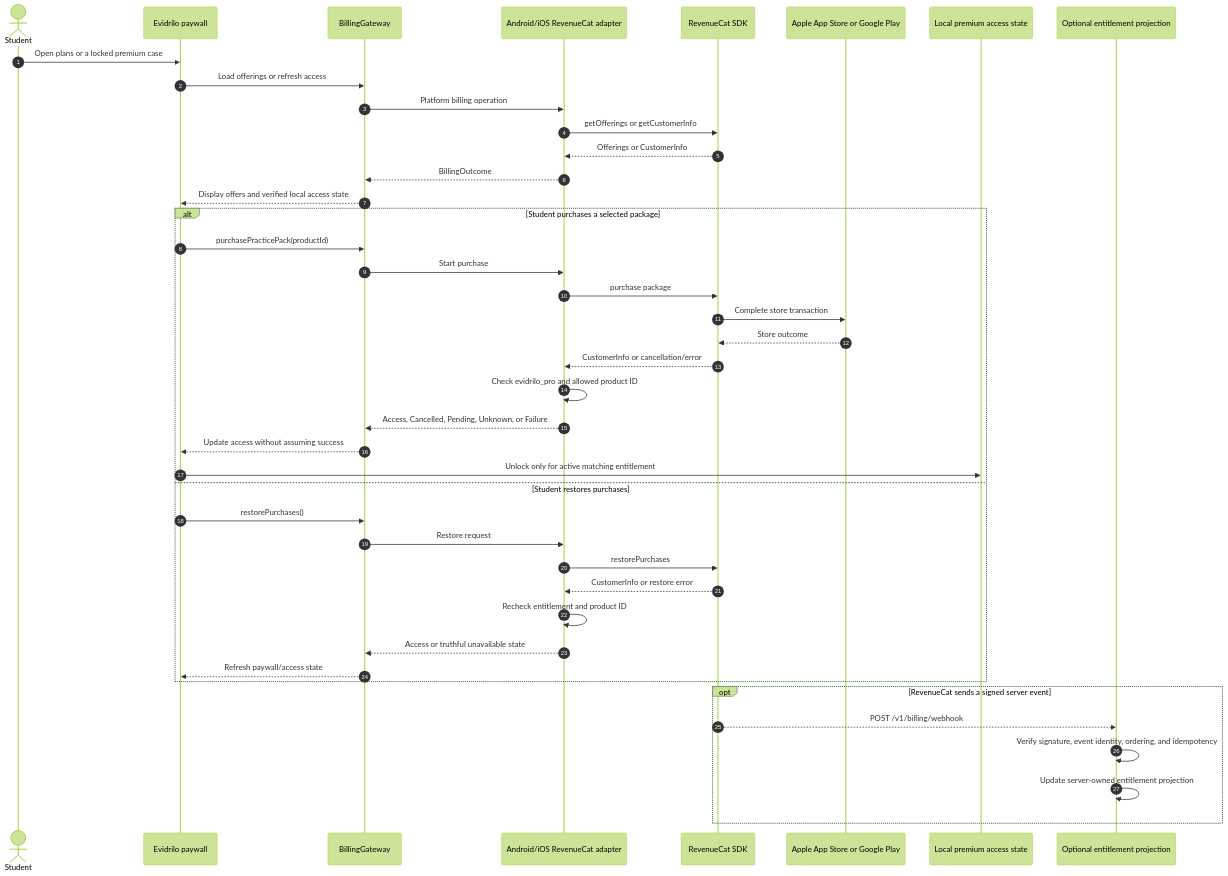
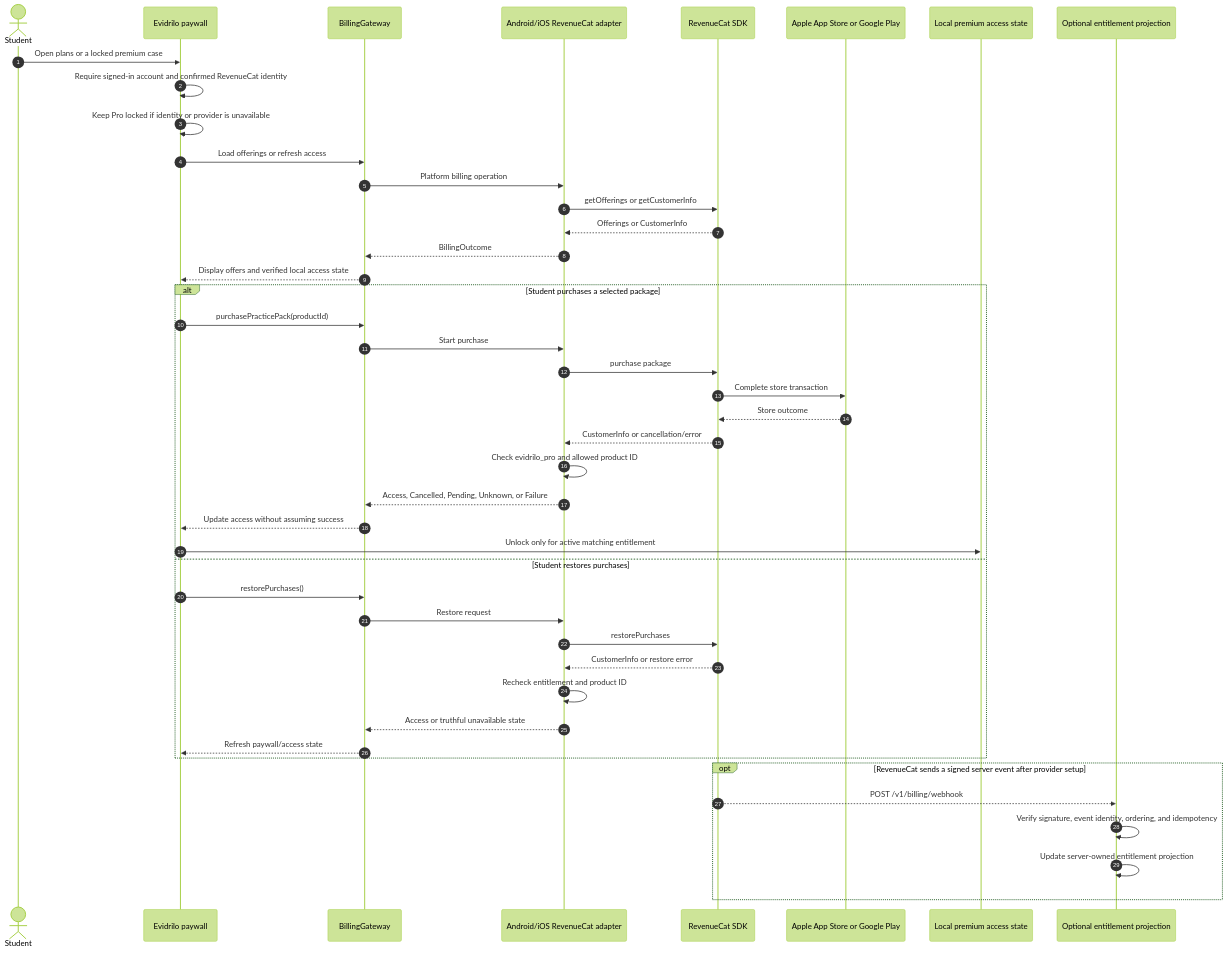
Diagram 13 of 21 in docs/architecture/system-execution-flows.md (AndroLay/evidrilo), drawn with Mermaid (forest theme) before and after one commit. The commit also changed other lines of this file and 188 other files, not shown here.

````diff
--- a/docs/architecture/system-execution-flows.md
+++ b/docs/architecture/system-execution-flows.md
@@ -445,47 +460,49 @@
 ```mermaid
 sequenceDiagram
     autonumber
     actor Student
     participant UI as Evidrilo paywall
     participant Gateway as BillingGateway
     participant Adapter as Android/iOS RevenueCat adapter
     participant RC as RevenueCat SDK
     participant Store as Apple App Store or Google Play
     participant Access as Local premium access state
     participant API as Optional entitlement projection
 
     Student->>UI: Open plans or a locked premium case
+    UI->>UI: Require signed-in account and confirmed RevenueCat identity
+    UI->>UI: Keep Pro locked if identity or provider is unavailable
     UI->>Gateway: Load offerings or refresh access
     Gateway->>Adapter: Platform billing operation
     Adapter->>RC: getOfferings or getCustomerInfo
     RC-->>Adapter: Offerings or CustomerInfo
     Adapter-->>Gateway: BillingOutcome
     Gateway-->>UI: Display offers and verified local access state
 
     alt Student purchases a selected package
         UI->>Gateway: purchasePracticePack(productId)
         Gateway->>Adapter: Start purchase
         Adapter->>RC: purchase package
         RC->>Store: Complete store transaction
         Store-->>RC: Store outcome
         RC-->>Adapter: CustomerInfo or cancellation/error
         Adapter->>Adapter: Check evidrilo_pro and allowed product ID
         Adapter-->>Gateway: Access, Cancelled, Pending, Unknown, or Failure
         Gateway-->>UI: Update access without assuming success
         UI->>Access: Unlock only for active matching entitlement
     else Student restores purchases
         UI->>Gateway: restorePurchases()
         Gateway->>Adapter: Restore request
         Adapter->>RC: restorePurchases
         RC-->>Adapter: CustomerInfo or restore error
         Adapter->>Adapter: Recheck entitlement and product ID
         Adapter-->>Gateway: Access or truthful unavailable state
         Gateway-->>UI: Refresh paywall/access state
     end
 
-    opt RevenueCat sends a signed server event
+    opt RevenueCat sends a signed server event after provider setup
         RC-->>API: POST /v1/billing/webhook
         API->>API: Verify signature, event identity, ordering, and idempotency
         API->>API: Update server-owned entitlement projection
     end
 ```
````
